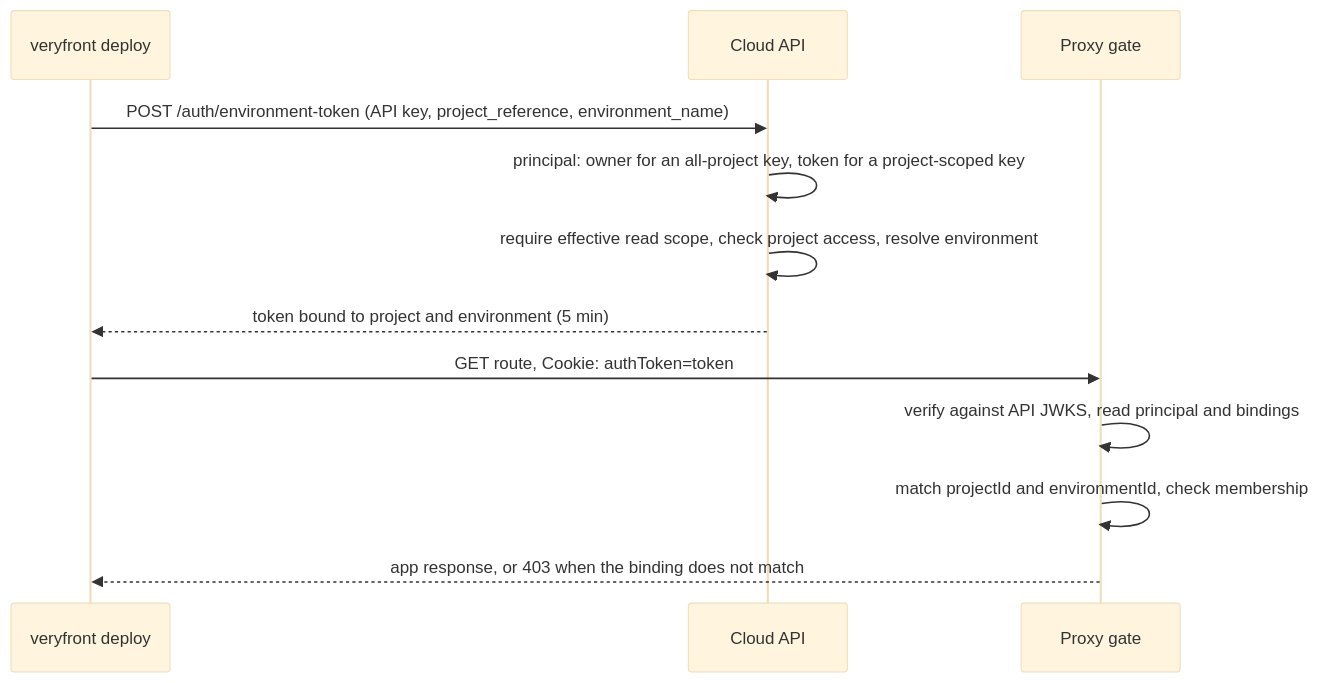
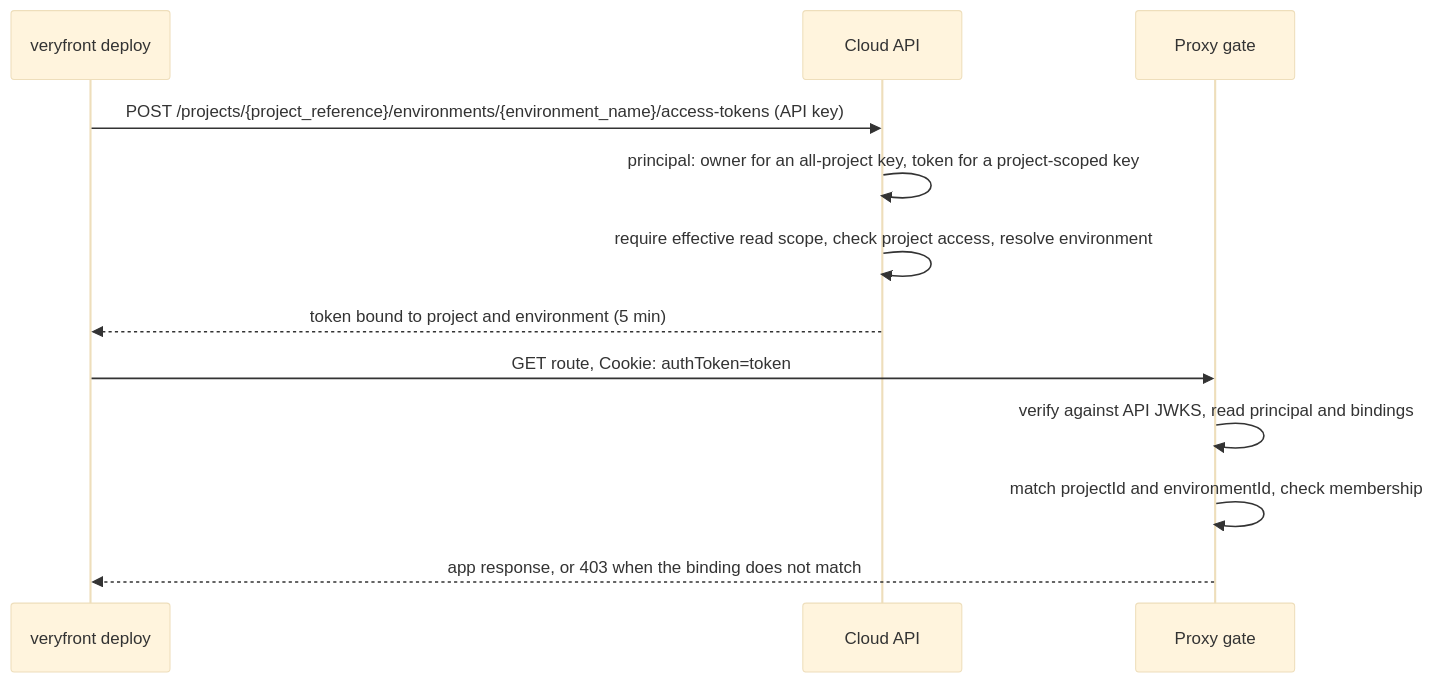
One commit to veryfront/veryfront-code changed the diagram in docs/architecture/29-environment-access-gate.md. Above: the diagram before and after it, drawn with Mermaid (base theme). The commit also changed other lines of this file and 15 other files, not shown here.

````diff
--- a/docs/architecture/29-environment-access-gate.md
+++ b/docs/architecture/29-environment-access-gate.md
@@ -27,14 +27,14 @@
 ```mermaid
 sequenceDiagram
   participant CLI as veryfront deploy
   participant API as Cloud API
   participant Proxy as Proxy gate
-  CLI->>API: POST /auth/environment-token (API key, project_reference, environment_name)
+  CLI->>API: POST /projects/{project_reference}/environments/{environment_name}/access-tokens (API key)
   API->>API: principal: owner for an all-project key, token for a project-scoped key
   API->>API: require effective read scope, check project access, resolve environment
   API-->>CLI: token bound to project and environment (5 min)
   CLI->>Proxy: GET route, Cookie: authToken=token
   Proxy->>Proxy: verify against API JWKS, read principal and bindings
   Proxy->>Proxy: match projectId and environmentId, check membership
   Proxy-->>CLI: app response, or 403 when the binding does not match
 ```
````
